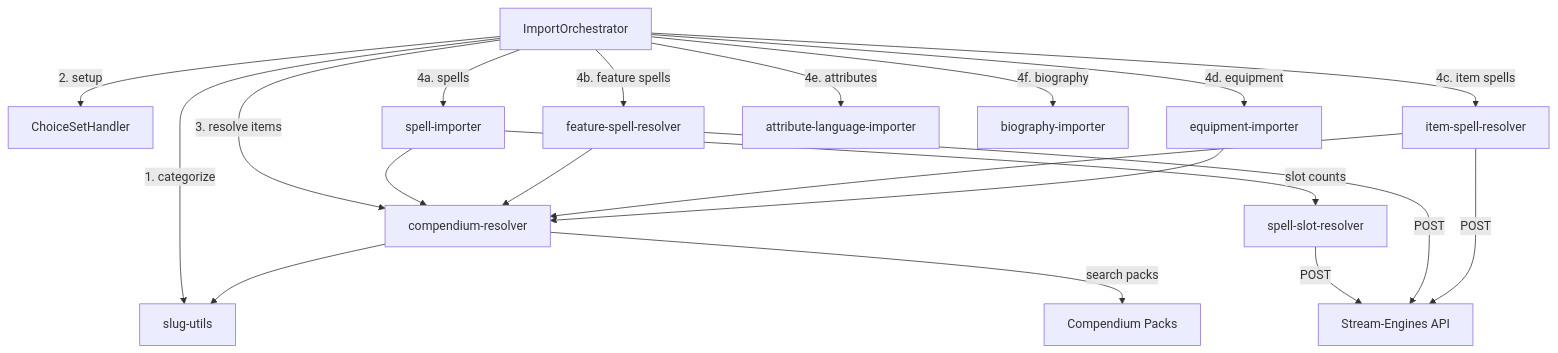
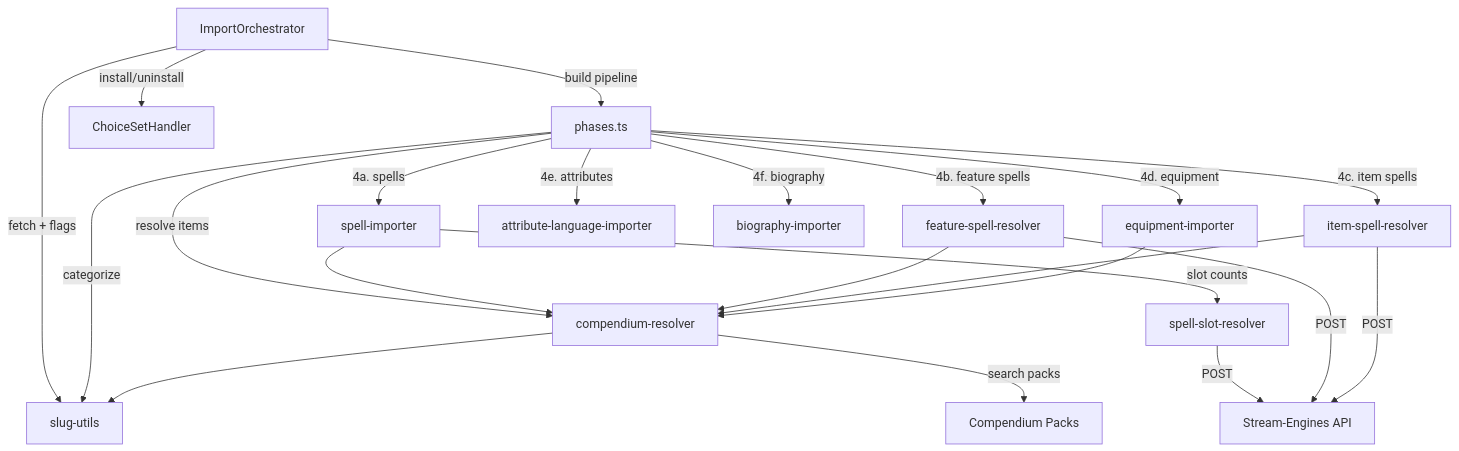
The sixth of 7 diagrams in docs/ARCHITECTURE.md (scooper4711/demiplane-pf2e), drawn with Mermaid before and after one commit. The commit also changed other lines of this file, not shown here.

First line of the commit message:
docs(P1-4): reflect ImportPhase pipeline in ARCHITECTURE.md

````diff
--- a/docs/ARCHITECTURE.md
+++ b/docs/ARCHITECTURE.md
@@ -510,27 +562,30 @@
 ```mermaid
 graph TD
-    IO[ImportOrchestrator] --> |"1. categorize"| SU[slug-utils]
-    IO --> |"2. setup"| CSH[ChoiceSetHandler]
-    IO --> |"3. resolve items"| CR[compendium-resolver]
+    IO[ImportOrchestrator] --> |"fetch + flags"| SU[slug-utils]
+    IO --> |"build pipeline"| PH[phases.ts]
+    IO --> |"install/uninstall"| CSH[ChoiceSetHandler]
+
+    PH --> |"categorize"| SU
+    PH --> |"resolve items"| CR[compendium-resolver]
     CR --> SU
     CR --> |"search packs"| COMP[Compendium Packs]
 
-    IO --> |"4a. spells"| SI[spell-importer]
+    PH --> |"4a. spells"| SI[spell-importer]
     SI --> |"slot counts"| SSR[spell-slot-resolver]
     SI --> CR
     SSR --> |"POST"| SE[Stream-Engines API]
 
-    IO --> |"4b. feature spells"| FSR[feature-spell-resolver]
+    PH --> |"4b. feature spells"| FSR[feature-spell-resolver]
     FSR --> |"POST"| SE
     FSR --> CR
 
-    IO --> |"4c. item spells"| ISR[item-spell-resolver]
+    PH --> |"4c. item spells"| ISR[item-spell-resolver]
     ISR --> |"POST"| SE
     ISR --> CR
 
-    IO --> |"4d. equipment"| EI[equipment-importer]
+    PH --> |"4d. equipment"| EI[equipment-importer]
     EI --> CR
 
-    IO --> |"4e. attributes"| ALI[attribute-language-importer]
-    IO --> |"4f. biography"| BI[biography-importer]
+    PH --> |"4e. attributes"| ALI[attribute-language-importer]
+    PH --> |"4f. biography"| BI[biography-importer]
 ```
````
